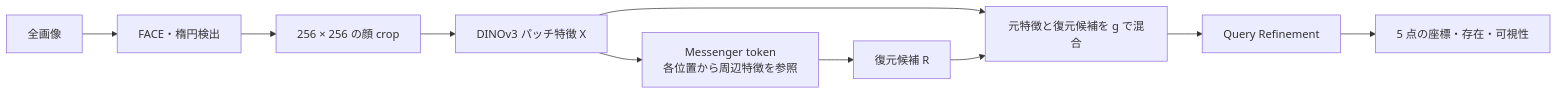
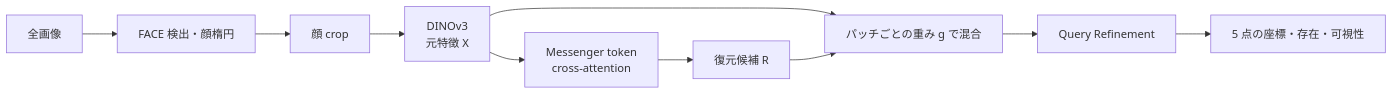
The diagram in README.md (Katsuki-No1/face_detection), drawn with Mermaid before and after one commit. The commit also changed other lines of this file and 1 other file, not shown here.

Commit message:
docs: focus occlusion README on Messenger recovery

````diff
--- a/README.md
+++ b/README.md
@@ -26,12 +7,12 @@
-~~~mermaid
+```mermaid
 flowchart LR
-    I["全画像"] --> D["FACE・楕円検出"]
-    D --> C["256 × 256 の顔 crop"]
-    C --> X["DINOv3 パッチ特徴 X"]
-    X --> M["Messenger token<br/>各位置から周辺特徴を参照"]
+    I["全画像"] --> D["FACE 検出・顔楕円"]
+    D --> C["顔 crop"]
+    C --> X["DINOv3<br/>元特徴 X"]
+    X --> M["Messenger token<br/>cross-attention"]
     M --> R["復元候補 R"]
-    X --> G["元特徴と復元候補を g で混合"]
+    X --> G["パッチごとの重み g で混合"]
     R --> G
     G --> H["Query Refinement"]
     H --> O["5 点の座標・存在・可視性"]
-~~~
+```
````
